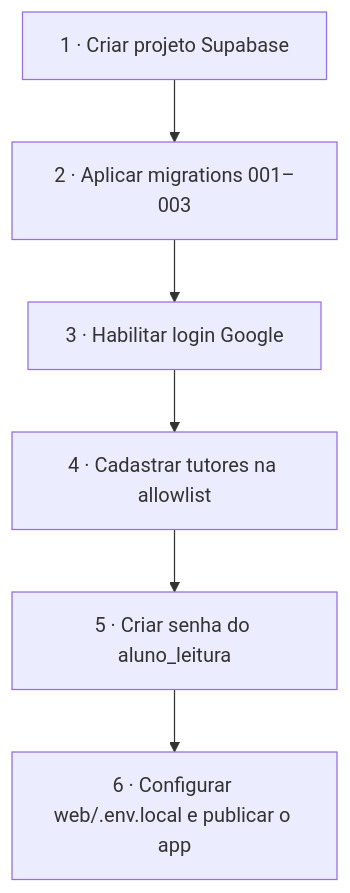
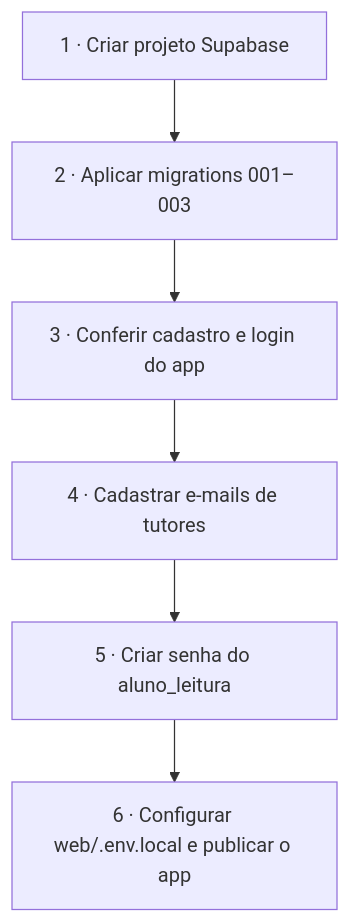
Before and after one commit to ehpessoa/dafa: the first of 2 diagrams in docs/04-setup-e-recursos.md, drawn with Mermaid. The commit also changed other lines of this file and 23 other files, not shown here.

First line of the commit message:
Replace Google login with app-managed authentication

````diff
--- a/docs/04-setup-e-recursos.md
+++ b/docs/04-setup-e-recursos.md
@@ -3,8 +3,8 @@
 ```mermaid
 flowchart TD
   A[1 · Criar projeto Supabase] --> B[2 · Aplicar migrations 001–003]
-  B --> C[3 · Habilitar login Google]
-  C --> D[4 · Cadastrar tutores na allowlist]
+  B --> C[3 · Conferir cadastro e login do app]
+  C --> D[4 · Cadastrar e-mails de tutores]
   D --> E[5 · Criar senha do aluno_leitura]
   E --> F[6 · Configurar web/.env.local e publicar o app]
 ```
````
